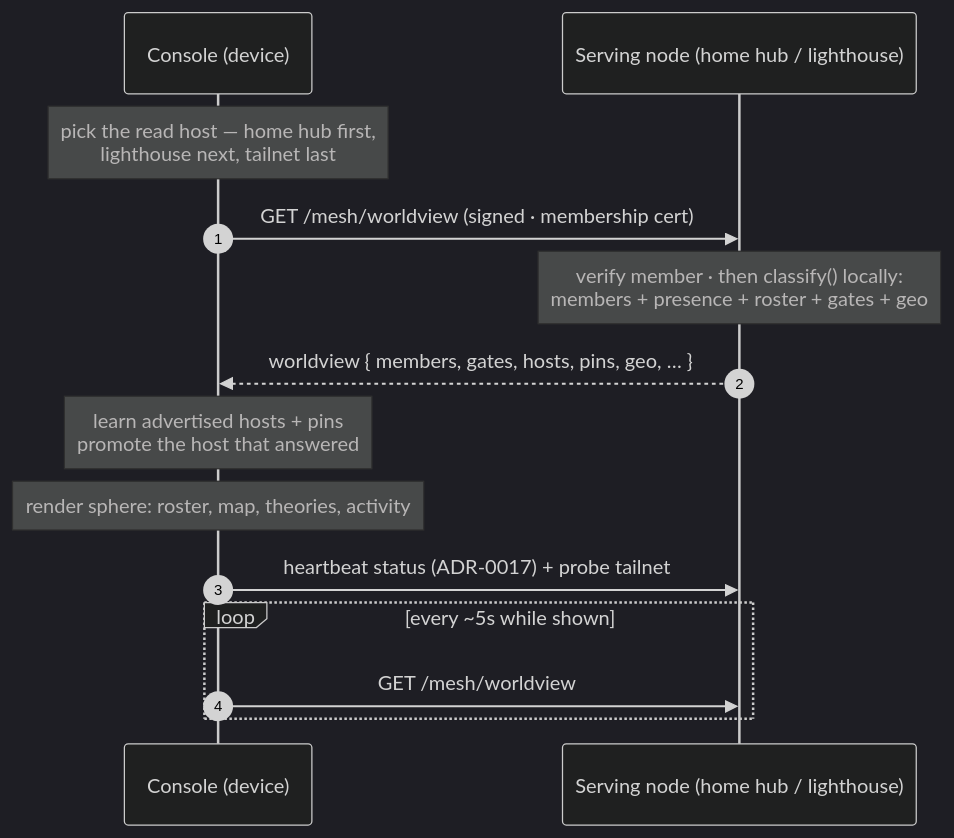
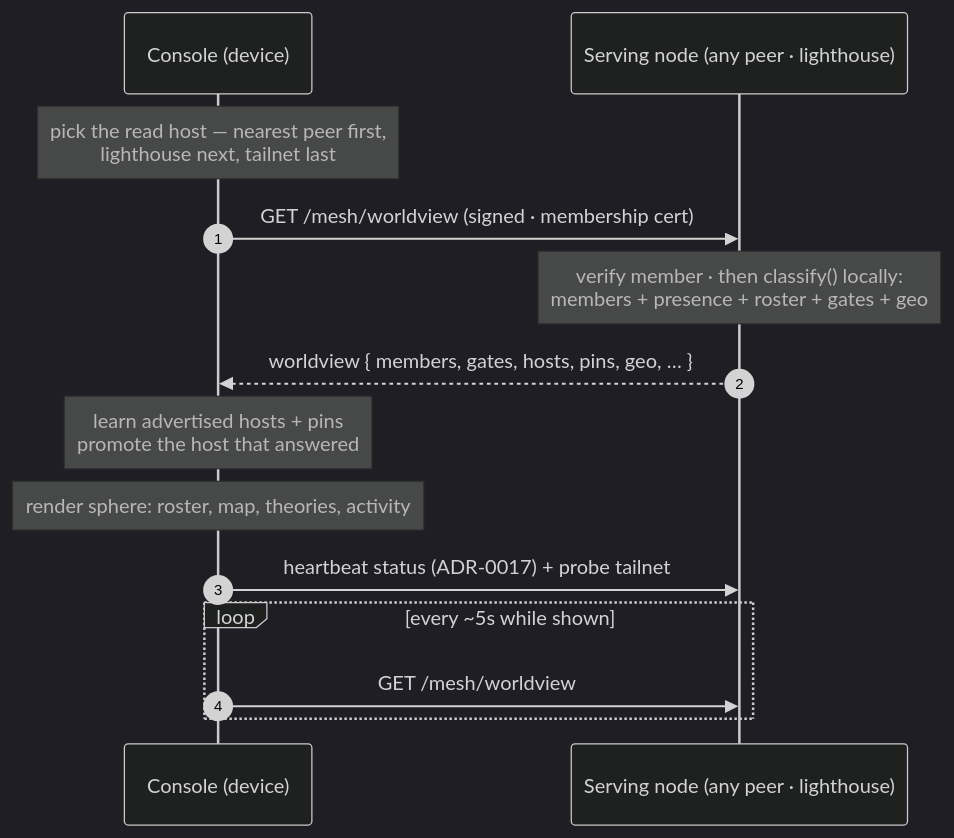
Before and after one commit to Capitali/familiar: the diagram in docs/dataflows/worldview-read.md, drawn with Mermaid (dark theme). The commit also changed other lines of this file and 38 other files, not shown here.

````diff
--- a/docs/dataflows/worldview-read.md
+++ b/docs/dataflows/worldview-read.md
@@ -11,16 +11,16 @@
 ```mermaid
 sequenceDiagram
     autonumber
     participant C as Console (device)
-    participant N as Serving node (home hub / lighthouse)
-    Note over C: pick the read host — home hub first,<br/>lighthouse next, tailnet last
+    participant N as Serving node (any peer · lighthouse)
+    Note over C: pick the read host — nearest peer first,<br/>lighthouse next, tailnet last
     C->>N: GET /mesh/worldview (signed · membership cert)
     Note over N: verify member · then classify() locally:<br/>members + presence + roster + gates + geo
     N-->>C: worldview { members, gates, hosts, pins, geo, … }
     Note over C: learn advertised hosts + pins<br/>promote the host that answered
     Note over C: render sphere: roster, map, theories, activity
     C->>N: heartbeat status (ADR-0017) + probe tailnet
     loop every ~5s while shown
         C->>N: GET /mesh/worldview
     end
 ```
````
